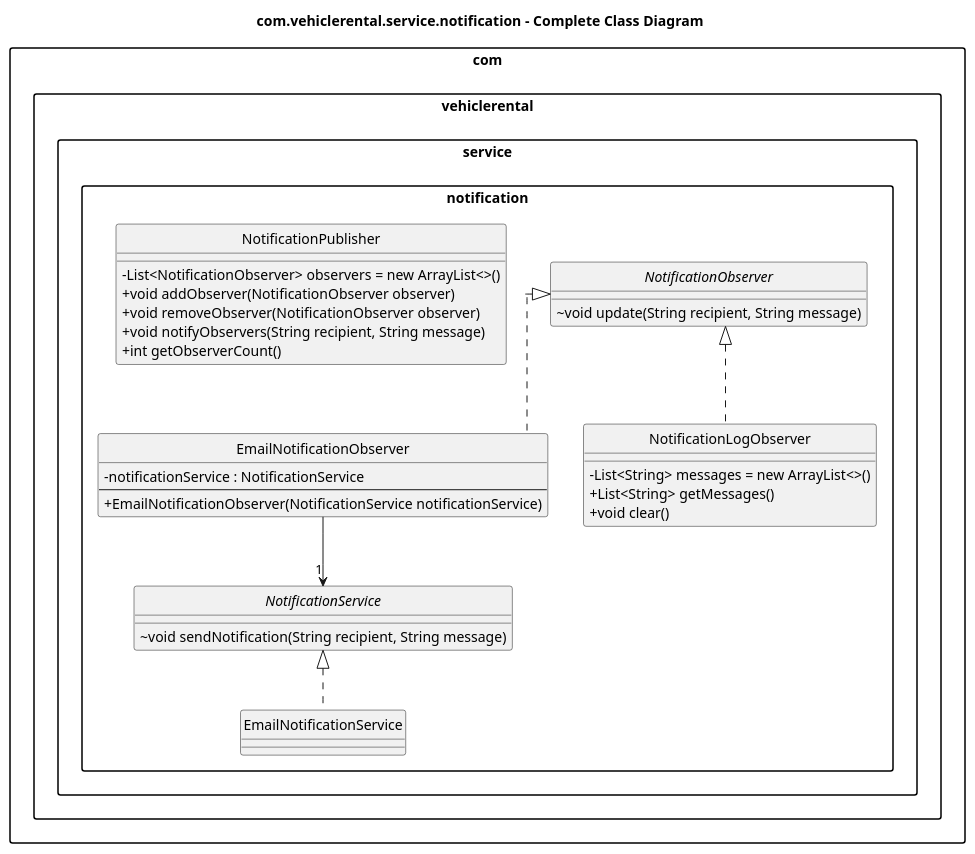
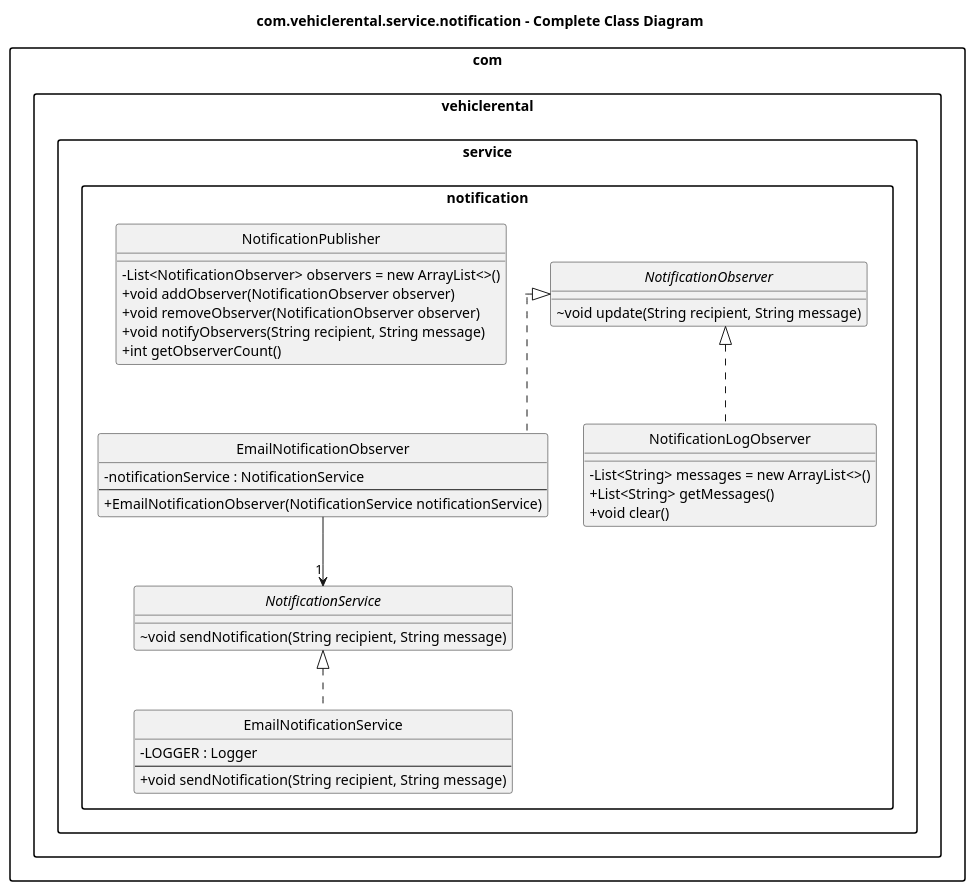
The diagram in docs/uml/service-notification-diagram.puml (vehicle-rental-se-team/vehicle-rental-management-system), drawn with PlantUML before and after one commit. The commit also changed 6 other files, not shown here.

Commit message:
Update README and final UML diagrams

```diff
--- a/docs/uml/service-notification-diagram.puml
+++ b/docs/uml/service-notification-diagram.puml
@@ -1,41 +1,44 @@
 @startuml
 title com.vehiclerental.service.notification - Complete Class Diagram
 skinparam packageStyle rectangle
 skinparam classAttributeIconSize 0
 skinparam linetype ortho
 hide circle
 
 package "com.vehiclerental.service.notification" {
   class "EmailNotificationObserver" as C58 {
     - notificationService : NotificationService
     --
     + EmailNotificationObserver(NotificationService notificationService)
   }
   class "EmailNotificationService" as C59 {
+    - LOGGER : Logger
+    --
+    + void sendNotification(String recipient, String message)
   }
   class "NotificationLogObserver" as C60 {
     - List<String> messages = new ArrayList<>()
     + List<String> getMessages()
     + void clear()
   }
   interface "NotificationObserver" as C61 {
     ~ void update(String recipient, String message)
   }
   class "NotificationPublisher" as C62 {
     - List<NotificationObserver> observers = new ArrayList<>()
     + void addObserver(NotificationObserver observer)
     + void removeObserver(NotificationObserver observer)
     + void notifyObservers(String recipient, String message)
     + int getObserverCount()
   }
   interface "NotificationService" as C63 {
     ~ void sendNotification(String recipient, String message)
   }
 }
 
 C61 <|.. C58
 C63 <|.. C59
 C61 <|.. C60
 C58 --> "1" C63
 
 @enduml
```
